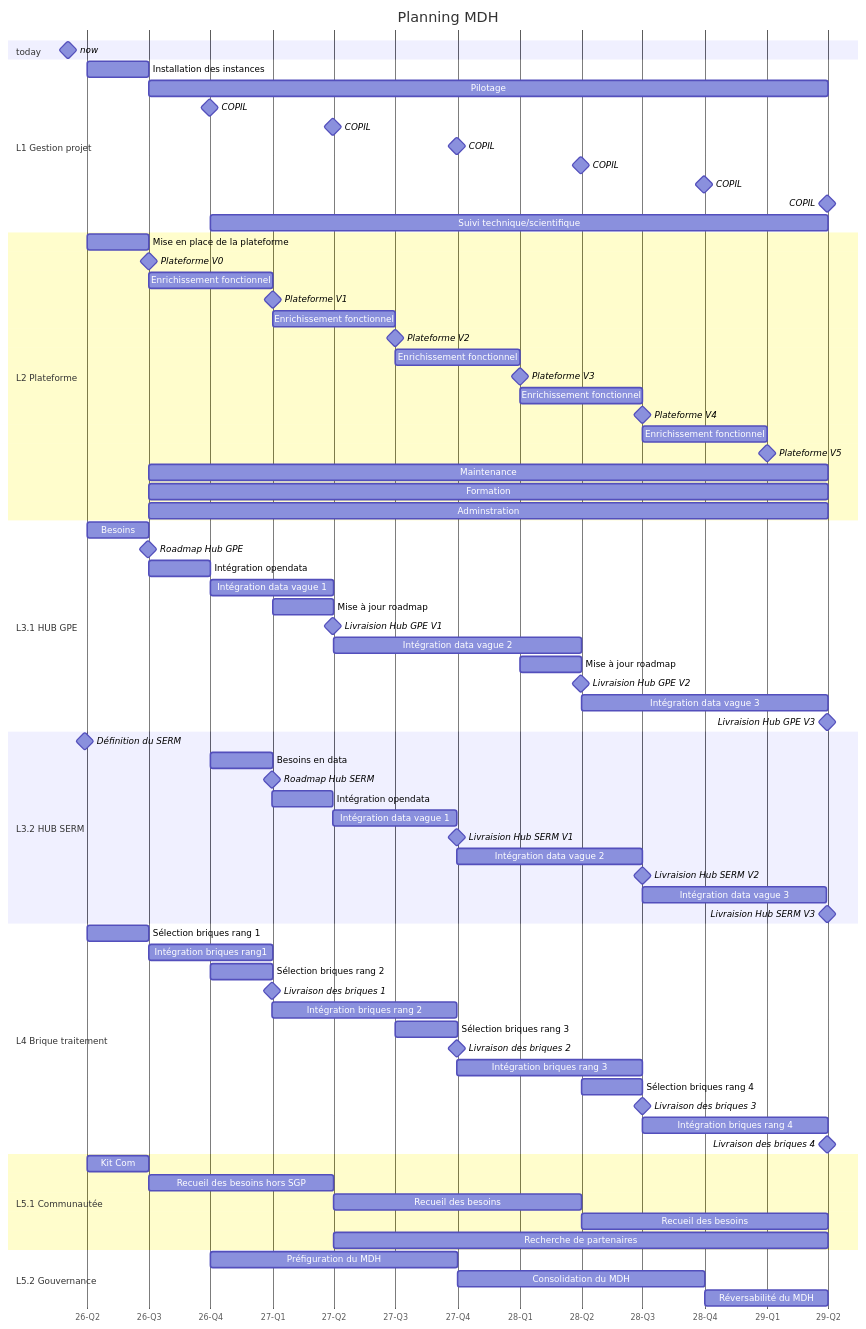
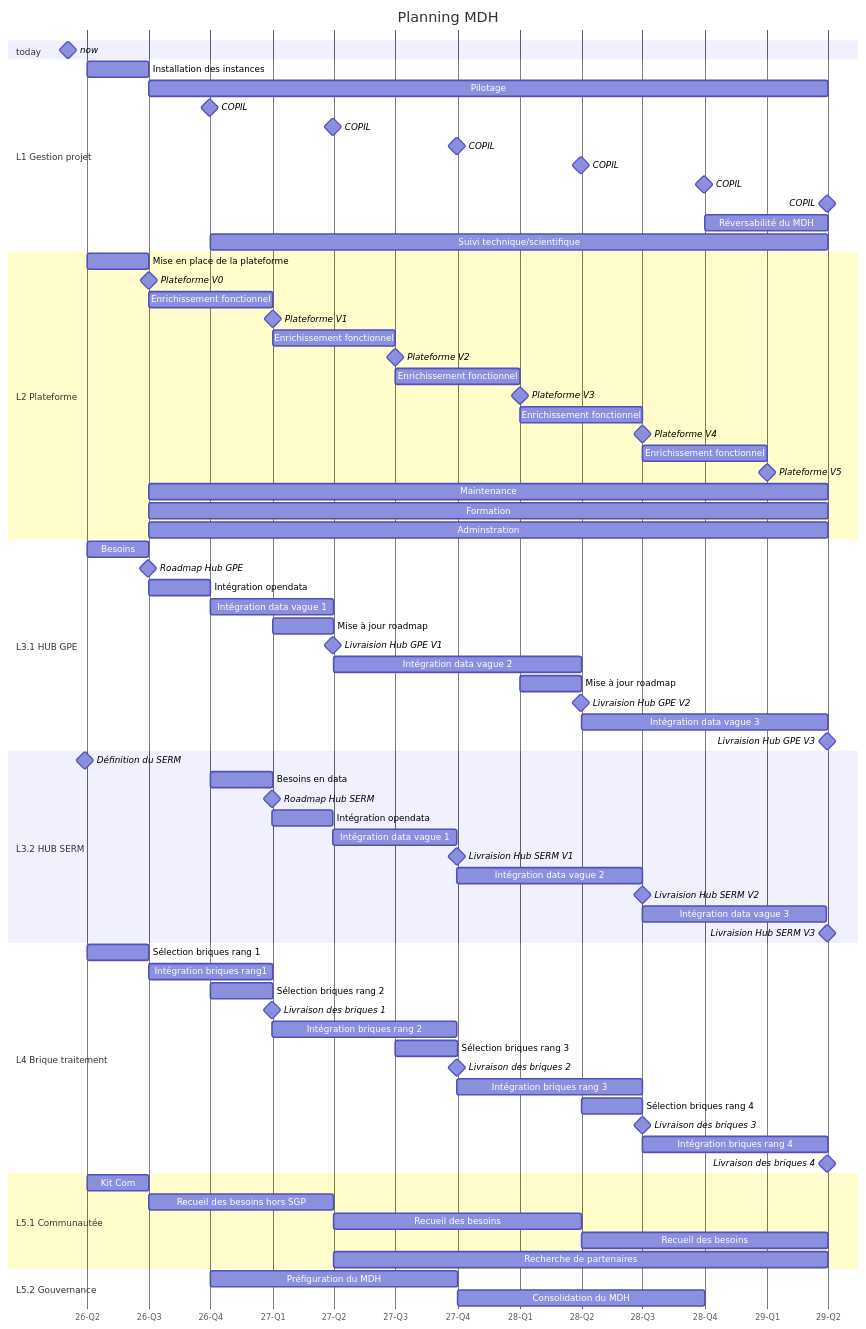
One commit to cdamas-cerema/test changed the diagram in README.md. Above: the diagram before and after it, drawn with Mermaid.

Commit message:
Remove duplicate 'Réversabilité du MDH' entry
Removed duplicate entry for 'Réversabilité du MDH' in the governance section.

````diff
--- a/README.md
+++ b/README.md
@@ -19,6 +19,7 @@
         COPIL                                :milestone, 2028-03-31, 1m
         COPIL                                :milestone, 2028-09-30, 1m
         COPIL                                :milestone, 2029-03-31, 1m
+        Réversabilité du MDH                 :2028-10-01, 6M
         Suivi technique/scientifique         :2026-10-01, 30M
 
     section L2 Plateforme
@@ -86,7 +87,5 @@
 
     section L5.2 Gouvernance
         Préfiguration du MDH                 :2026-10-01, 12M
-        Consolidation du MDH                 :2027-10-01, 12M
-        Réversabilité du MDH                 :2028-10-01, 6M
-        
+        Consolidation du MDH                 :2027-10-01, 12M      
 ```
````
